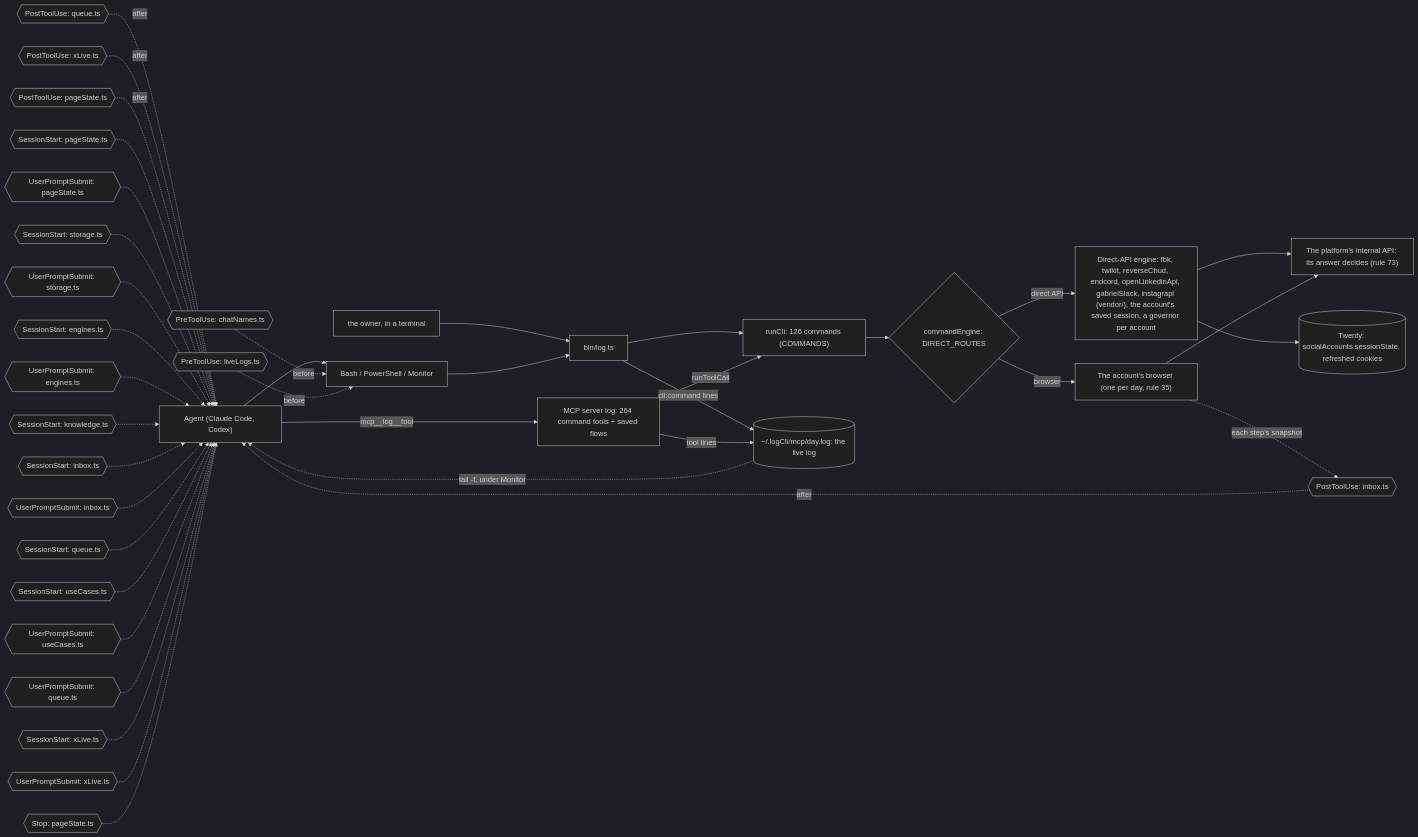
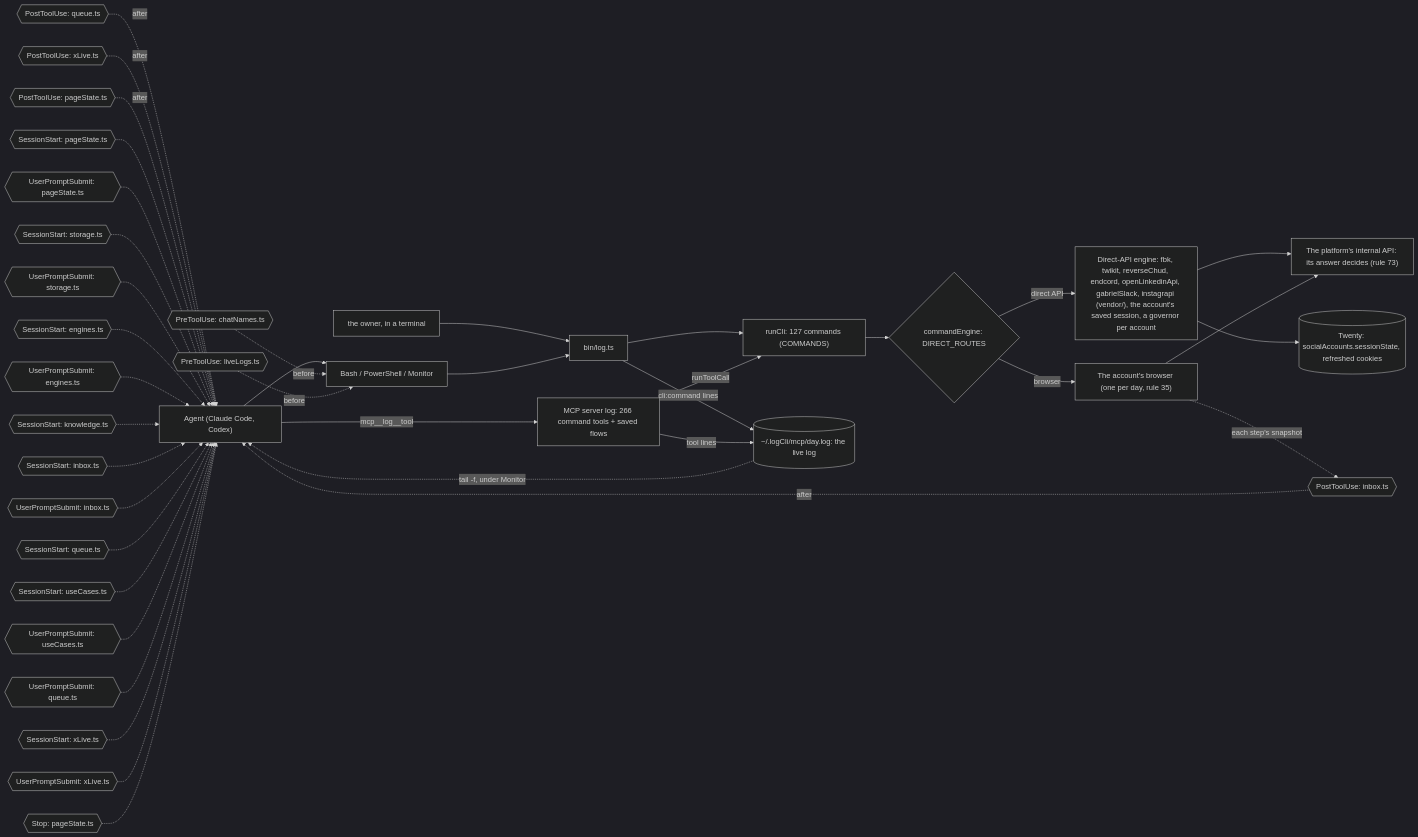
Before and after one commit to aggelos-pappas/log: the diagram in docs/diagrams/surface.mmd, drawn with Mermaid (dark theme). The commit also changed 21 other files, not shown here.

```diff
--- a/docs/diagrams/surface.mmd
+++ b/docs/diagrams/surface.mmd
@@ -1,53 +1,53 @@
 %% How a call reaches log-cli. From a shell or over MCP, both run the same commands through `runCli`, write the same live log, and pass through the same hooks. `commandEngine` sends each command to the platform's direct API or to the account's browser.
 %% Written by `bun run docs:build` from the code (rule 56). Not edited by hand.
 flowchart LR
   agent["Agent (Claude Code, Codex)"]
   owner["the owner, in a terminal"]
   shell["Bash / PowerShell / Monitor"]
-  mcp["MCP server log: 264 command tools + saved flows"]
+  mcp["MCP server log: 266 command tools + saved flows"]
   bin["bin/log.ts"]
-  runCli["runCli: 126 commands (COMMANDS)"]
+  runCli["runCli: 127 commands (COMMANDS)"]
   live[("~/.logCli/mcp/day.log: the live log")]
   engine{"commandEngine: DIRECT_ROUTES"}
   direct["Direct-API engine: fbk, twikit, reverseChud, endcord, openLinkedinApi, gabrielSlack, instagrapi (vendor/), the account's saved session, a governor per account"]
   browser["The account's browser (one per day, rule 35)"]
   api["The platform's internal API: its answer decides (rule 73)"]
   twenty[("Twenty: socialAccounts.sessionState, refreshed cookies")]
   agent --> shell
   owner --> bin
   shell --> bin
   agent -->|mcp__log__tool| mcp
   bin --> runCli
   mcp -->|runToolCall| runCli
   runCli --> engine
   engine -->|direct API| direct
   engine -->|browser| browser
   direct --> api
   browser --> api
   direct --> twenty
   bin -->|cli:command lines| live
   mcp -->|tool lines| live
   live -.->|tail -f, under Monitor| agent
   pre0{{"PreToolUse: chatNames.ts"}} -.->|before| shell
   pre1{{"PreToolUse: liveLogs.ts"}} -.->|before| shell
   post0{{"PostToolUse: inbox.ts"}} -.->|after| agent
   post1{{"PostToolUse: queue.ts"}} -.->|after| agent
   post2{{"PostToolUse: xLive.ts"}} -.->|after| agent
   post3{{"PostToolUse: pageState.ts"}} -.->|after| agent
   turn0{{"SessionStart: pageState.ts"}} -.-> agent
   turn1{{"UserPromptSubmit: pageState.ts"}} -.-> agent
   turn2{{"SessionStart: storage.ts"}} -.-> agent
   turn3{{"UserPromptSubmit: storage.ts"}} -.-> agent
   turn4{{"SessionStart: engines.ts"}} -.-> agent
   turn5{{"UserPromptSubmit: engines.ts"}} -.-> agent
   turn6{{"SessionStart: knowledge.ts"}} -.-> agent
   turn7{{"SessionStart: inbox.ts"}} -.-> agent
   turn8{{"UserPromptSubmit: inbox.ts"}} -.-> agent
   turn9{{"SessionStart: queue.ts"}} -.-> agent
   turn10{{"SessionStart: useCases.ts"}} -.-> agent
   turn11{{"UserPromptSubmit: useCases.ts"}} -.-> agent
   turn12{{"UserPromptSubmit: queue.ts"}} -.-> agent
   turn13{{"SessionStart: xLive.ts"}} -.-> agent
   turn14{{"UserPromptSubmit: xLive.ts"}} -.-> agent
   turn15{{"Stop: pageState.ts"}} -.-> agent
   browser -.->|each step's snapshot| post0
```
